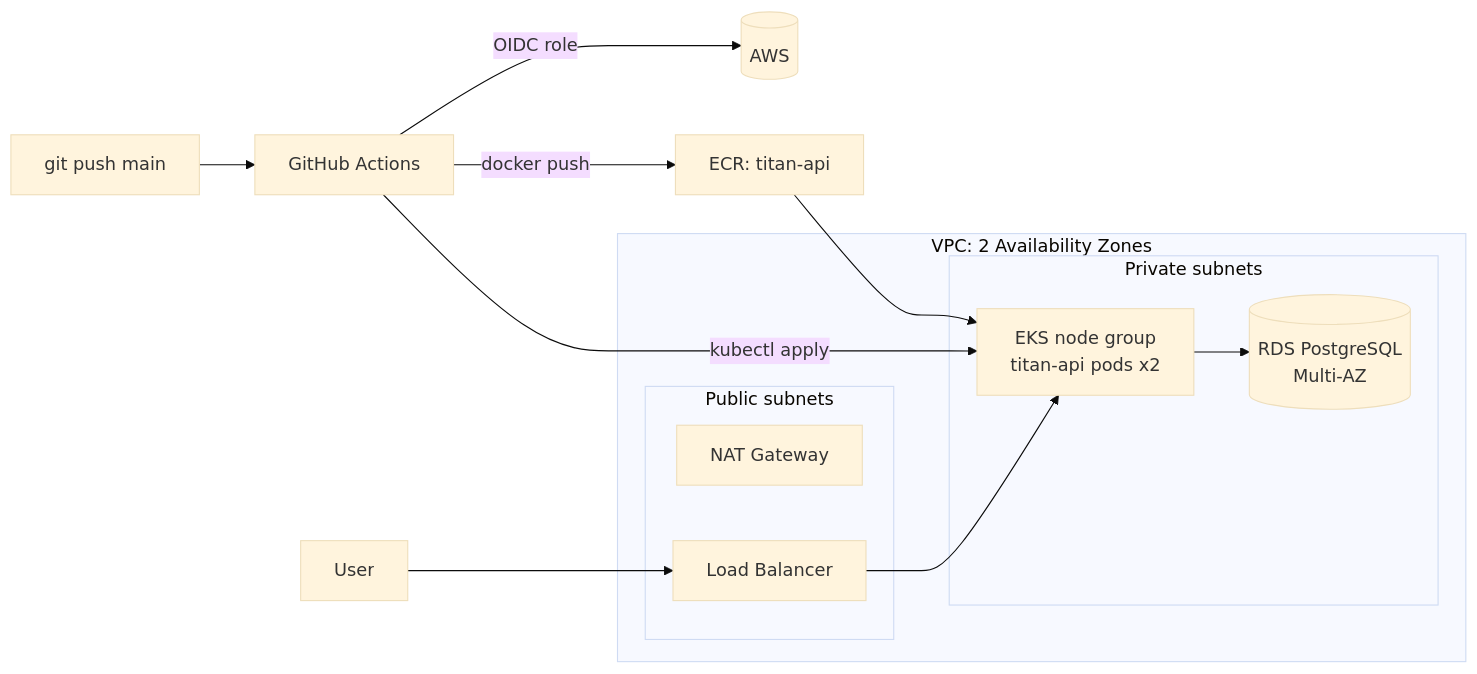
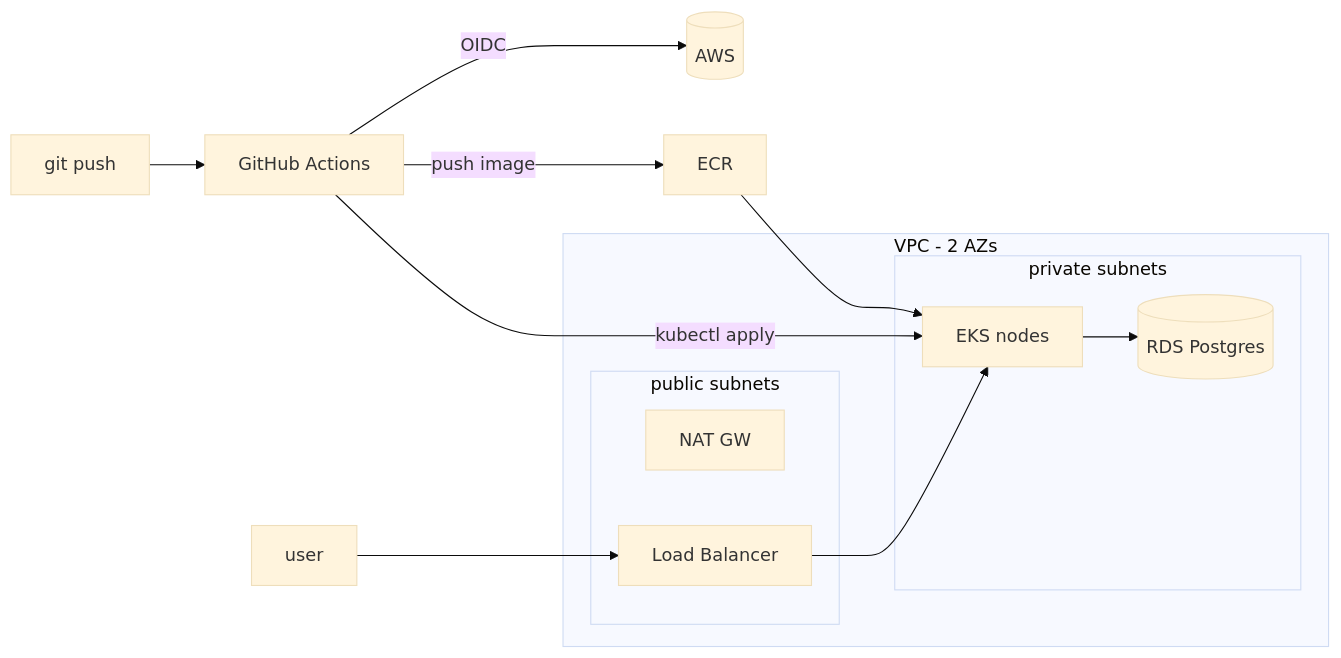
The diagram in README.md (denizomerf/titan-project), drawn with Mermaid (base theme) before and after one commit. The commit also changed other lines of this file and 7 other files, not shown here.

````diff
--- a/README.md
+++ b/README.md
@@ -7,20 +7,20 @@
 ```mermaid
 flowchart LR
-    dev[git push main] --> gha[GitHub Actions]
-    gha -- OIDC role --> aws[(AWS)]
-    gha -- docker push --> ecr[ECR: titan-api]
+    dev[git push] --> gha[GitHub Actions]
+    gha -- OIDC --> aws[(AWS)]
+    gha -- push image --> ecr[ECR]
     gha -- kubectl apply --> eks
-    subgraph VPC [VPC: 2 Availability Zones]
-        subgraph pub [Public subnets]
-            nat[NAT Gateway]
+    subgraph VPC [VPC - 2 AZs]
+        subgraph pub [public subnets]
+            nat[NAT GW]
             lb[Load Balancer]
         end
-        subgraph priv [Private subnets]
-            eks[EKS node group<br/>titan-api pods x2]
-            rds[(RDS PostgreSQL<br/>Multi-AZ)]
+        subgraph priv [private subnets]
+            eks[EKS nodes]
+            rds[(RDS Postgres)]
         end
     end
-    user[User] --> lb --> eks
+    user[user] --> lb --> eks
     eks --> rds
     ecr --> eks
 ```
````
